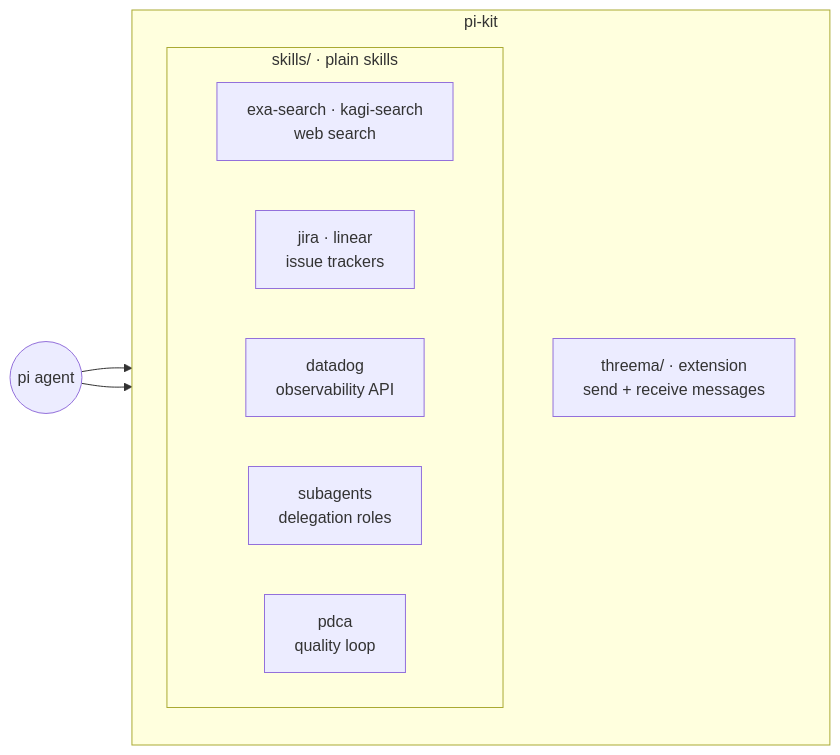
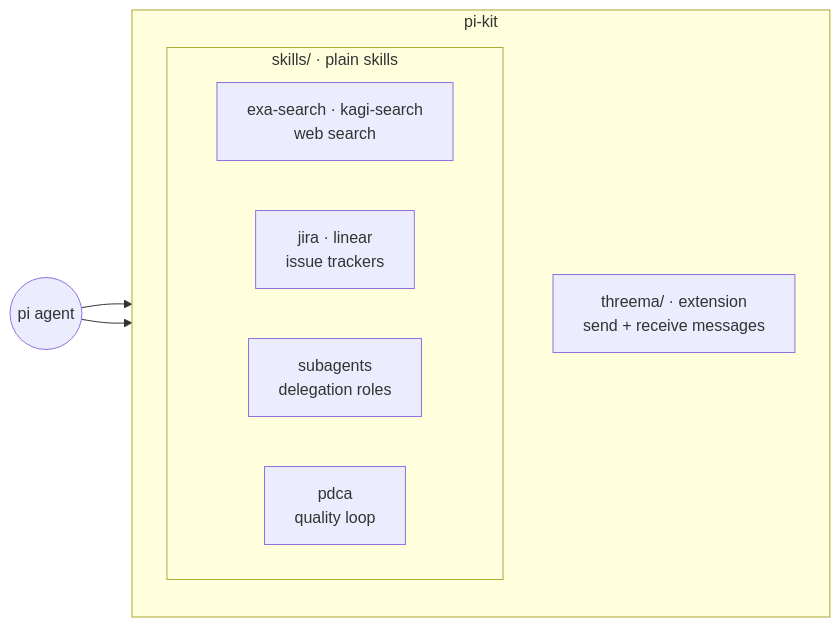
The diagram in README.md (ulvestuen/pi-kit), drawn with Mermaid before and after one commit. The commit also changed other lines of this file and 7 other files, not shown here.

````diff
--- a/README.md
+++ b/README.md
@@ -8,16 +8,15 @@
 ```mermaid
 flowchart LR
     pi(("pi agent")) --> skills
     pi --> threema
     subgraph kit["pi-kit"]
         direction TB
         subgraph skills["skills/ · plain skills"]
             search["exa-search · kagi-search<br/>web search"]
             trackers["jira · linear<br/>issue trackers"]
-            observability["datadog<br/>observability API"]
             subagents["subagents<br/>delegation roles"]
             pdca["pdca<br/>quality loop"]
         end
         threema["threema/ · extension<br/>send + receive messages"]
     end
 ```
````
